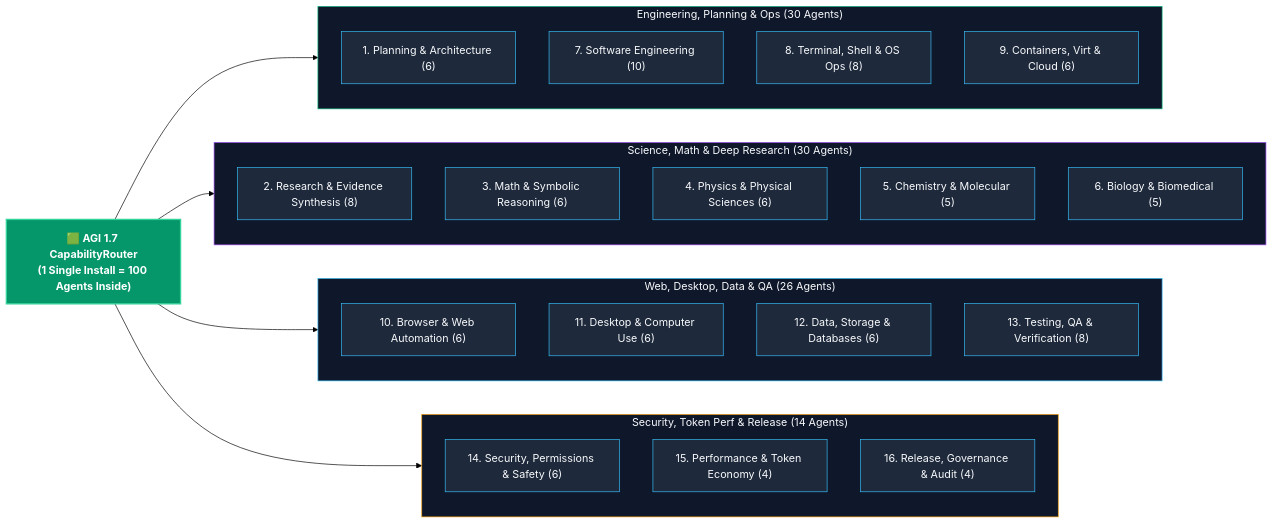
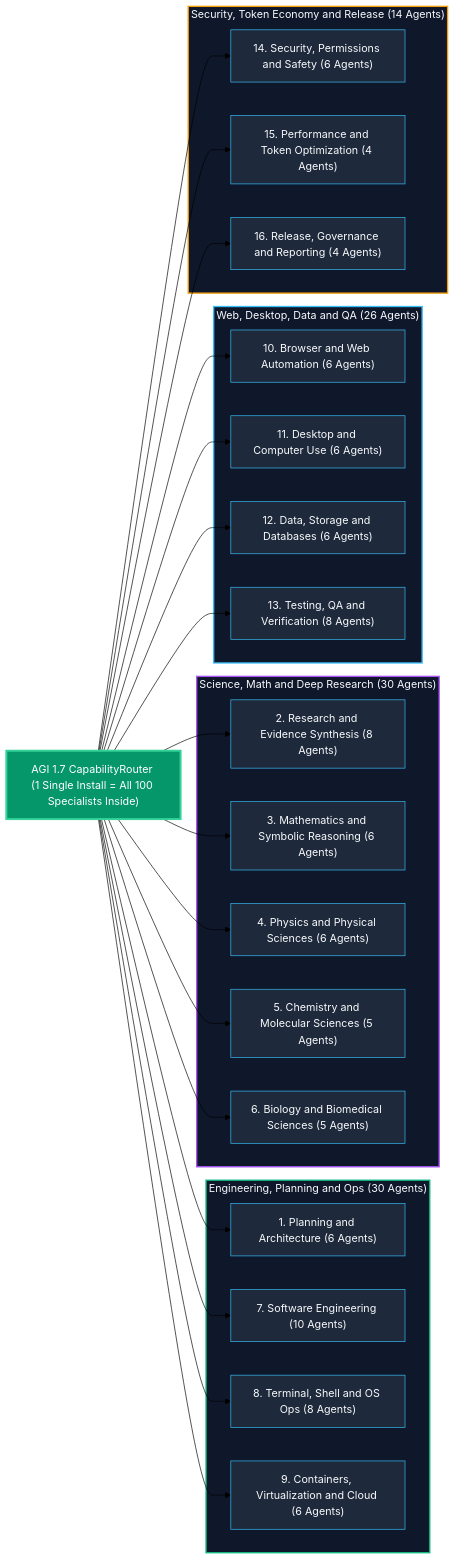
One commit to Abhishek200416/AGI-1.6V changed the second of 3 diagrams in README.md. Above: the diagram before and after it, drawn with Mermaid (forest theme). The commit also changed other lines of this file, not shown here.

Commit message:
fix(readme): remove HTML <br/> tags and inline edge classes in Mermaid diagrams for GitHub renderer

````diff
--- a/README.md
+++ b/README.md
@@ -88,41 +95,59 @@
 ```mermaid
 flowchart LR
-    classDef router fill:#059669,stroke:#34D399,stroke-width:2px,color:#FFFFFF,font-weight:bold
+    classDef router fill:#059669,stroke:#34D399,stroke-width:3px,color:#FFFFFF
     classDef fam fill:#1E293B,stroke:#38BDF8,stroke-width:1px,color:#F8FAFC
 
-    R["🟩 AGI 1.7 CapabilityRouter<br/>(1 Single Install = 100 Agents Inside)"]:::router
+    R["AGI 1.7 CapabilityRouter (1 Single Install = All 100 Specialists Inside)"]
 
-    subgraph G_ENG["Engineering, Planning & Ops (30 Agents)"]
-        F1["1. Planning & Architecture (6)"]:::fam
-        F7["7. Software Engineering (10)"]:::fam
-        F8["8. Terminal, Shell & OS Ops (8)"]:::fam
-        F9["9. Containers, Virt & Cloud (6)"]:::fam
+    subgraph G_ENG["Engineering, Planning and Ops (30 Agents)"]
+        F1["1. Planning and Architecture (6 Agents)"]
+        F7["7. Software Engineering (10 Agents)"]
+        F8["8. Terminal, Shell and OS Ops (8 Agents)"]
+        F9["9. Containers, Virtualization and Cloud (6 Agents)"]
     end
 
-    subgraph G_SCI["Science, Math & Deep Research (30 Agents)"]
-        F2["2. Research & Evidence Synthesis (8)"]:::fam
-        F3["3. Math & Symbolic Reasoning (6)"]:::fam
-        F4["4. Physics & Physical Sciences (6)"]:::fam
-        F5["5. Chemistry & Molecular (5)"]:::fam
-        F6["6. Biology & Biomedical (5)"]:::fam
+    subgraph G_SCI["Science, Math and Deep Research (30 Agents)"]
+        F2["2. Research and Evidence Synthesis (8 Agents)"]
+        F3["3. Mathematics and Symbolic Reasoning (6 Agents)"]
+        F4["4. Physics and Physical Sciences (6 Agents)"]
+        F5["5. Chemistry and Molecular Sciences (5 Agents)"]
+        F6["6. Biology and Biomedical Sciences (5 Agents)"]
     end
 
-    subgraph G_AUT["Web, Desktop, Data & QA (26 Agents)"]
-        F10["10. Browser & Web Automation (6)"]:::fam
-        F11["11. Desktop & Computer Use (6)"]:::fam
-        F12["12. Data, Storage & Databases (6)"]:::fam
-        F13["13. Testing, QA & Verification (8)"]:::fam
+    subgraph G_AUT["Web, Desktop, Data and QA (26 Agents)"]
+        F10["10. Browser and Web Automation (6 Agents)"]
+        F11["11. Desktop and Computer Use (6 Agents)"]
+        F12["12. Data, Storage and Databases (6 Agents)"]
+        F13["13. Testing, QA and Verification (8 Agents)"]
     end
 
-    subgraph G_GOV["Security, Token Perf & Release (14 Agents)"]
-        F14["14. Security, Permissions & Safety (6)"]:::fam
-        F15["15. Performance & Token Economy (4)"]:::fam
-        F16["16. Release, Governance & Audit (4)"]:::fam
+    subgraph G_GOV["Security, Token Economy and Release (14 Agents)"]
+        F14["14. Security, Permissions and Safety (6 Agents)"]
+        F15["15. Performance and Token Optimization (4 Agents)"]
+        F16["16. Release, Governance and Reporting (4 Agents)"]
     end
 
-    R --> G_ENG & G_SCI & G_AUT & G_GOV
-    style G_ENG fill:#0F172A,stroke:#10B981,color:#F8FAFC
-    style G_SCI fill:#0F172A,stroke:#A855F7,color:#F8FAFC
-    style G_AUT fill:#0F172A,stroke:#38BDF8,color:#F8FAFC
-    style G_GOV fill:#0F172A,stroke:#F59E0B,color:#F8FAFC
+    R --> F1
+    R --> F7
+    R --> F8
+    R --> F9
+    R --> F2
+    R --> F3
+    R --> F4
+    R --> F5
+    R --> F6
+    R --> F10
+    R --> F11
+    R --> F12
+    R --> F13
+    R --> F14
+    R --> F15
+    R --> F16
+
+    class R router
+    class F1,F2,F3,F4,F5,F6,F7,F8,F9,F10,F11,F12,F13,F14,F15,F16 fam
+    style G_ENG fill:#0F172A,stroke:#10B981,stroke-width:2px,color:#F8FAFC
+    style G_SCI fill:#0F172A,stroke:#A855F7,stroke-width:2px,color:#F8FAFC
+    style G_AUT fill:#0F172A,stroke:#38BDF8,stroke-width:2px,color:#F8FAFC
+    style G_GOV fill:#0F172A,stroke:#F59E0B,stroke-width:2px,color:#F8FAFC
 ```
````
